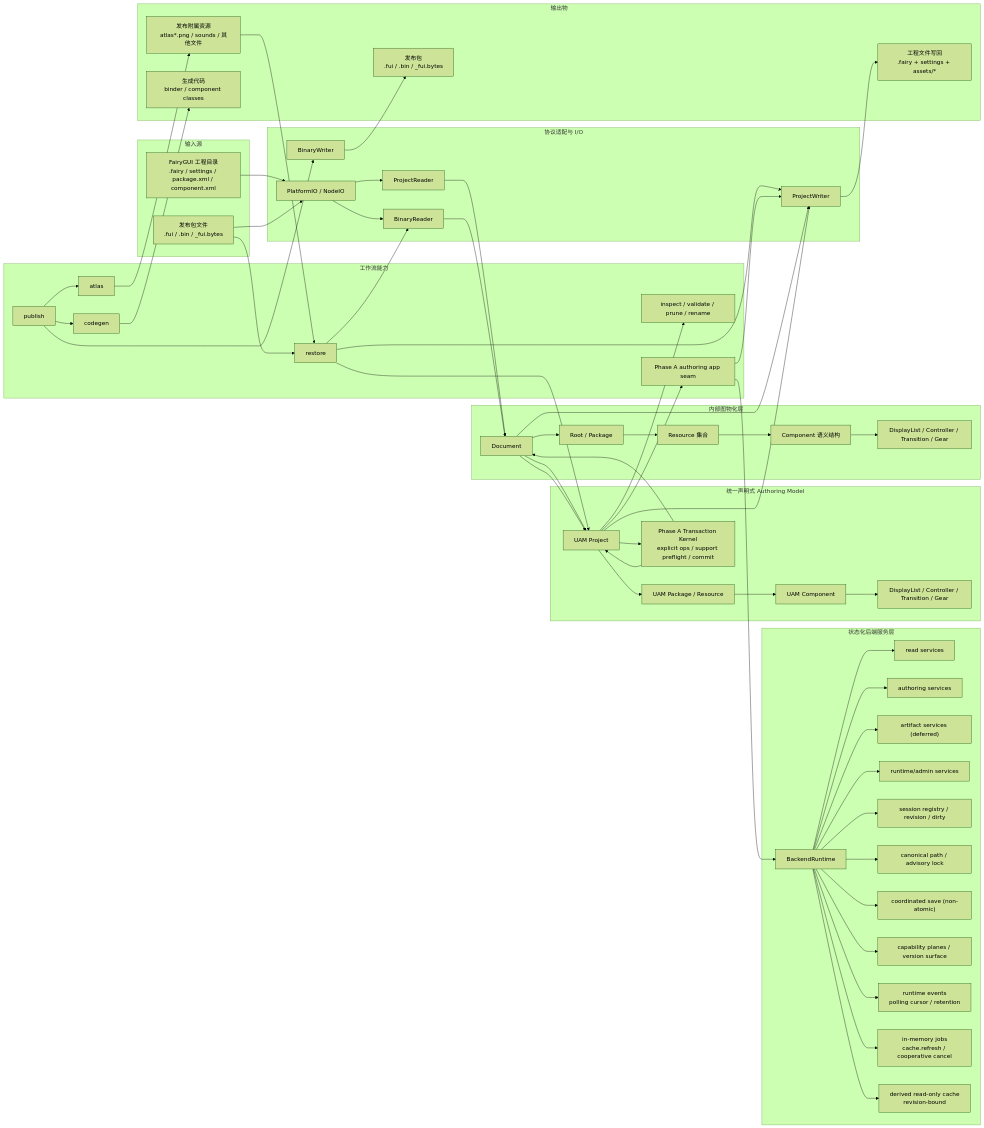
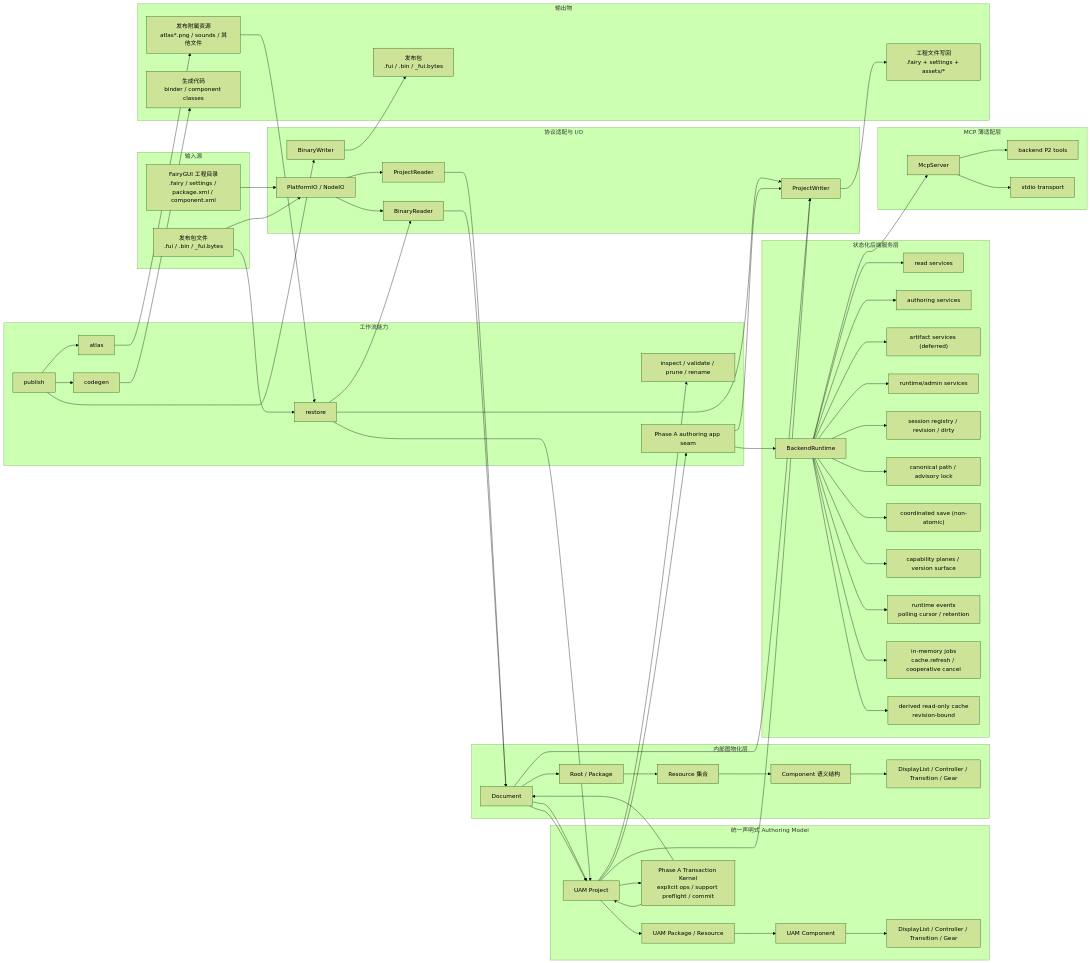
The first of 2 diagrams in docs/architecture-overview.md (OpenFairyGUI/OpenFairyGUI), drawn with Mermaid (forest theme) before and after one commit. The commit also changed other lines of this file and 16 other files, not shown here.

```diff
--- a/docs/architecture-overview.md
+++ b/docs/architecture-overview.md
@@ -64,6 +64,12 @@
         CACHE["derived read-only cache<br/>revision-bound"]
     end
 
+    subgraph MCP["MCP 薄适配层"]
+        MS["McpServer"]
+        MT["backend P2 tools"]
+        STDIO["stdio transport"]
+    end
+
     subgraph OUT["输出物"]
         PROJOUT["工程文件写回<br/>.fairy + settings + assets/*"]
         BIN["发布包<br/>.fui / .bin / _fui.bytes"]
@@ -95,6 +101,9 @@
     RT --> EV
     RT --> JOB
     RT --> CACHE
+    RT --> MS
+    MS --> MT
+    MS --> STDIO
     PUB --> ATLAS
     PUB --> BW
     PUB --> CG
```
